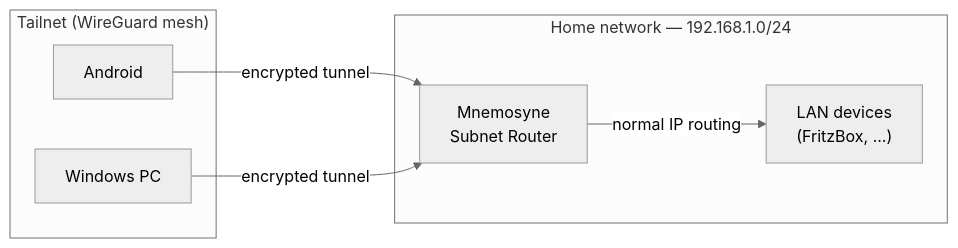
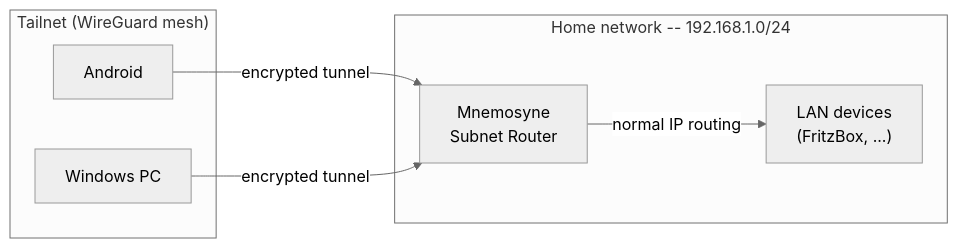
Before and after one commit to Andre-A-Dev/homelab-infra: the diagram in wiki/Tailscale.md, drawn with Mermaid (neutral theme). The commit also changed other lines of this file and 10 other files, not shown here.

````diff
--- a/wiki/Tailscale.md
+++ b/wiki/Tailscale.md
@@ -23,14 +23,14 @@
 ```mermaid
 graph LR
     subgraph tailnet["Tailnet (WireGuard mesh)"]
         Android["Android"]
         Win["Windows PC"]
     end
-    subgraph home["Home network — 192.168.1.0/24"]
+    subgraph home["Home network -- 192.168.1.0/24"]
         Mnemosyne["Mnemosyne\nSubnet Router"]
         Devices["LAN devices\n(FritzBox, ...)"]
     end
     Android -- "encrypted tunnel" --> Mnemosyne
     Win -- "encrypted tunnel" --> Mnemosyne
     Mnemosyne -- "normal IP routing" --> Devices
 ```
````
